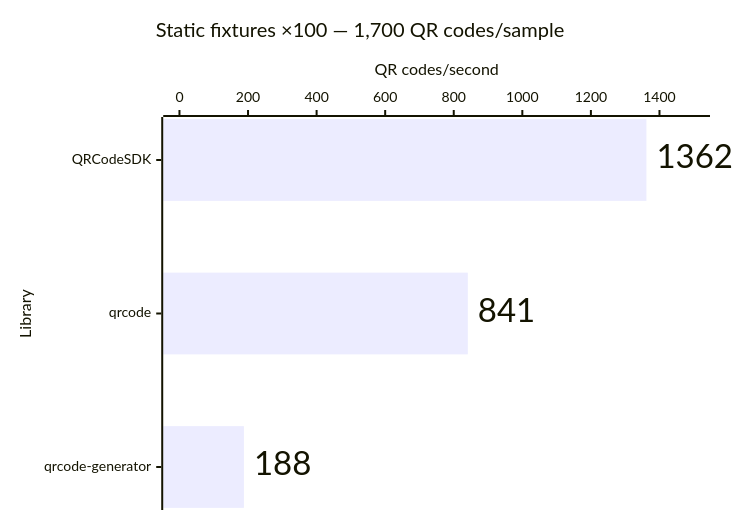
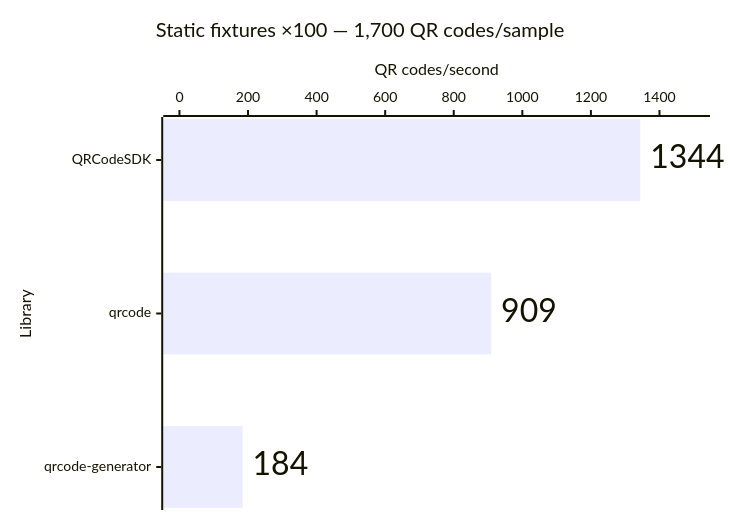
The seventh of 14 diagrams in apps/docs/src/content/docs/learn/performance.md (Dafnik/qrcodesdk), drawn with Mermaid before and after one commit. The commit also changed other lines of this file, not shown here.

````diff
--- a/apps/docs/src/content/docs/learn/performance.md
+++ b/apps/docs/src/content/docs/learn/performance.md
@@ -147,15 +147,15 @@
 ```mermaid
 ---
 config:
   xyChart:
     showDataLabel: true
     showDataLabelOutsideBar: true
 ---
 xychart horizontal
   accTitle: Automatic matrix generation: Static fixtures ×100 — 1,700 QR codes/sample
-  accDescr: Throughput calculated from median time. QRCodeSDK 1,362 QR codes per second, qrcode 841 QR codes per second, qrcode-generator 188 QR codes per second. Higher is better.
+  accDescr: Throughput calculated from median time. QRCodeSDK 1,344 QR codes per second, qrcode 909 QR codes per second, qrcode-generator 184 QR codes per second. Higher is better.
   title "Static fixtures ×100 — 1,700 QR codes/sample"
   x-axis "Library" ["QRCodeSDK", "qrcode", "qrcode-generator"]
   y-axis "QR codes/second" 0 --> 1500
-  bar [1362, 841, 188]
+  bar [1344, 909, 184]
 ```
````
